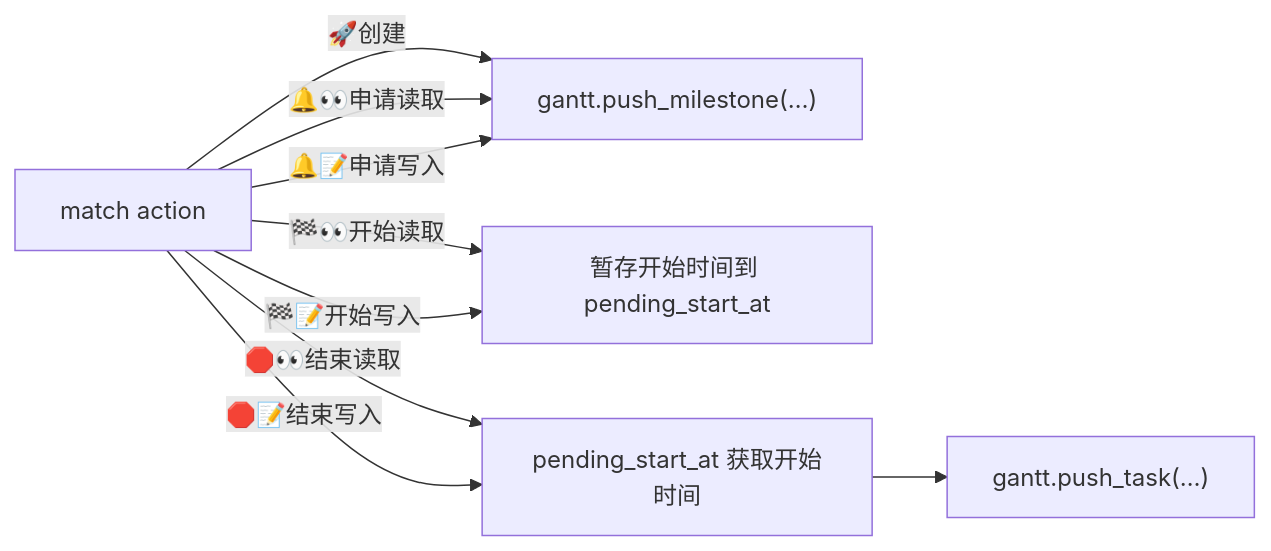
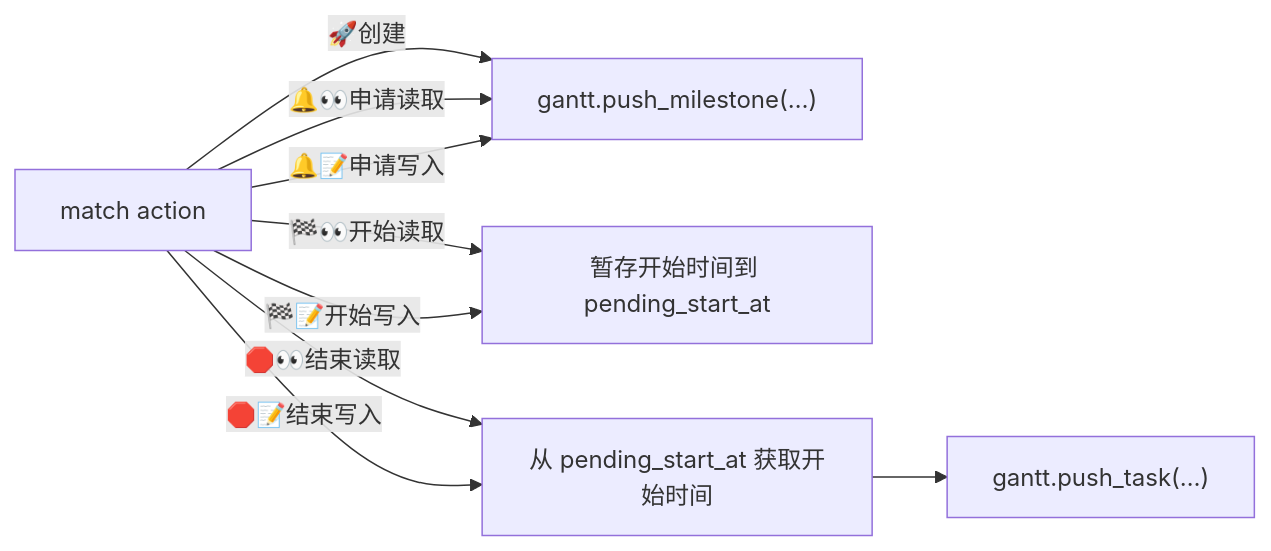
One commit to YDX-2147483647/os_homework changed diagram 16 of 20 in doc/doc_2.md. Above: the diagram before and after it, drawn with Mermaid. The commit also changed other lines of this file, not shown here.

````diff
--- a/doc/doc_2.md
+++ b/doc/doc_2.md
@@ -810,15 +812,15 @@
     ```mermaid
     flowchart LR
     match[match action]
     -->|"🚀创建"| milestone["gantt.push_milestone(…)"]
     match -->|"🔔👀申请读取"| milestone
     match -->|"🔔📝申请写入"| milestone
     
     match -->|"🏁👀开始读取"| insert[暂存开始时间到 pending_start_at]
     match -->|"🏁📝开始写入"| insert
     
     %% 好像不能叫“remove”？
-    match -->|"🛑👀结束读取"| remove_[pending_start_at 获取开始时间]
+    match -->|"🛑👀结束读取"| remove_[从 pending_start_at 获取开始时间]
     --> task["gantt.push_task(…)"]
     match -->|"🛑📝结束写入"| remove_
     ```
````
